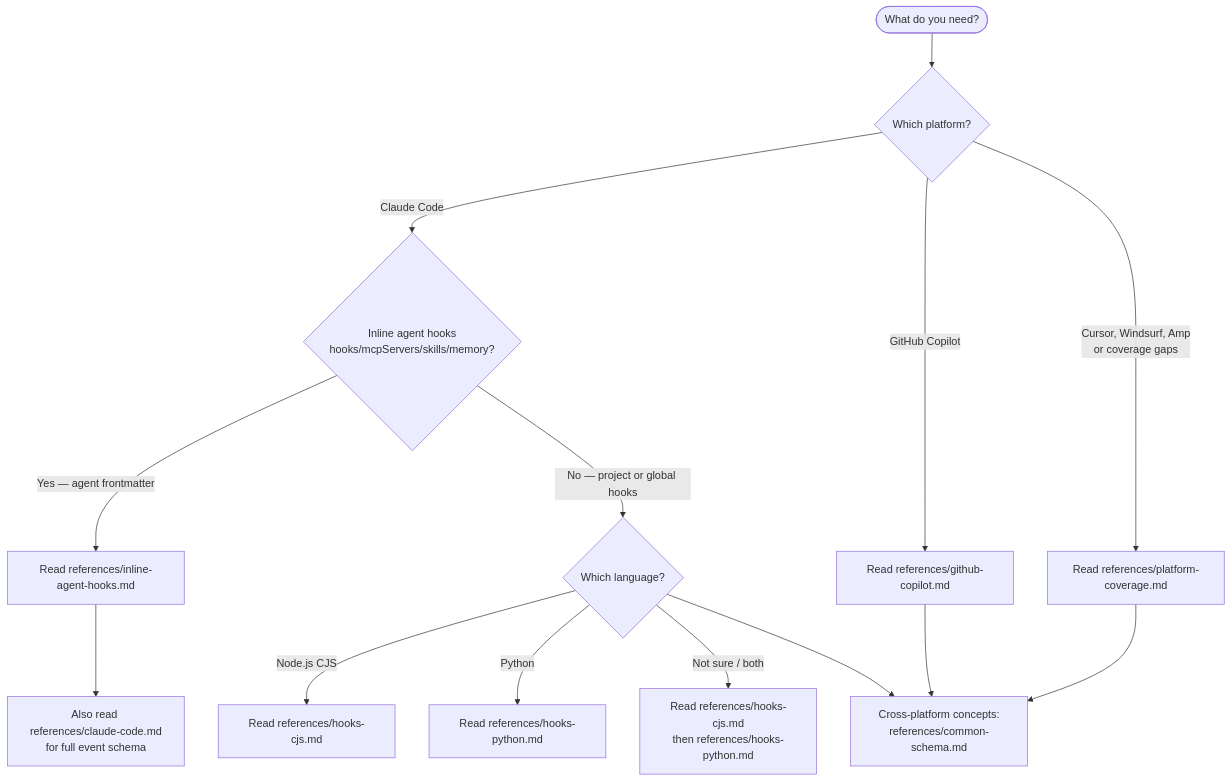
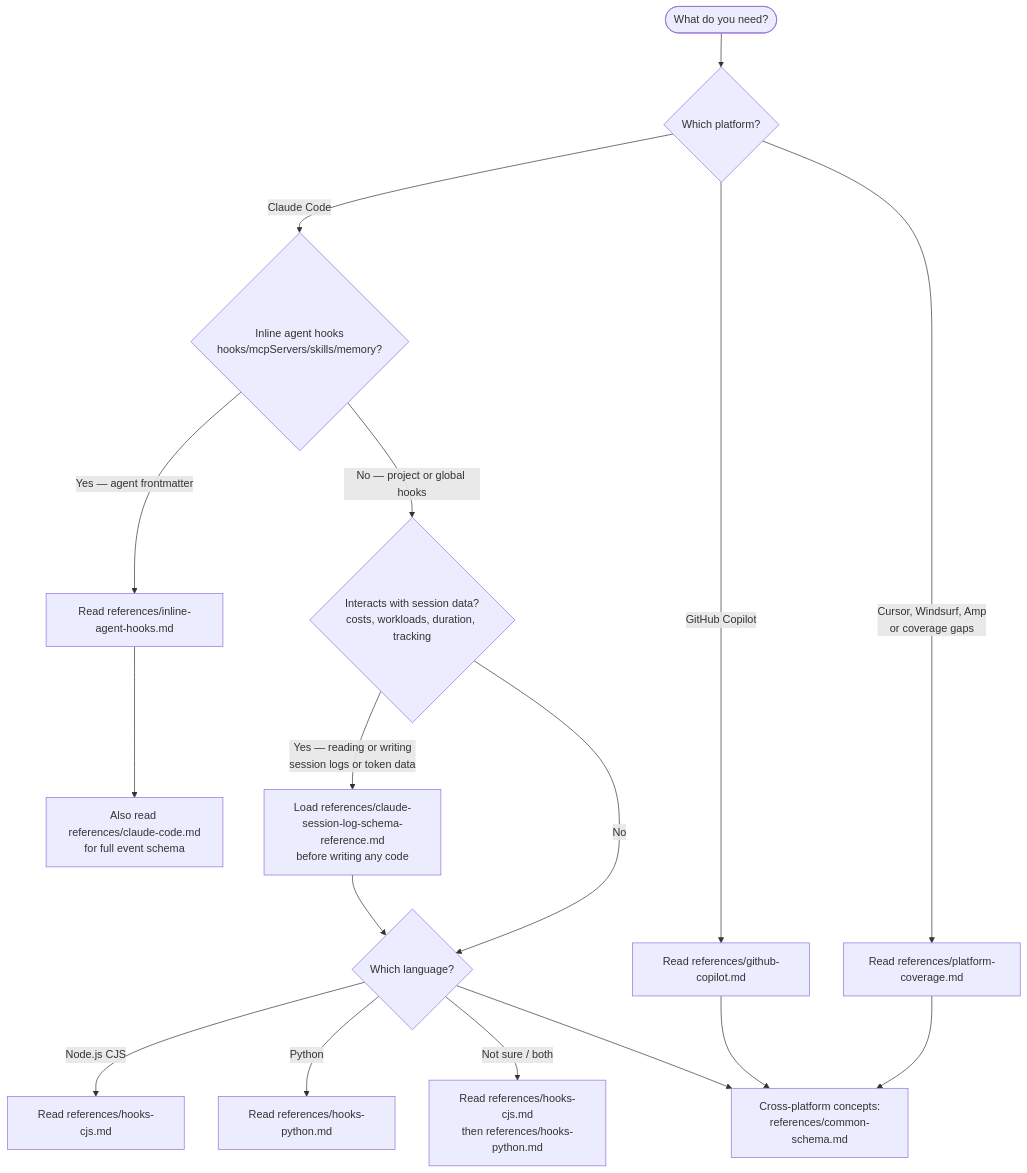
Before and after one commit to chgreer1070/claude_skills: the diagram in plugins/plugin-creator/skills/hooks-guide/SKILL.md, drawn with Mermaid. The commit also changed other lines of this file and 47 other files, not shown here.

````diff
--- a/plugins/plugin-creator/skills/hooks-guide/SKILL.md
+++ b/plugins/plugin-creator/skills/hooks-guide/SKILL.md
@@ -9,19 +9,24 @@
 ```mermaid
 flowchart TD
     Start([What do you need?]) --> Q1{Which platform?}
     Q1 -->|Claude Code| Q2{Inline agent hooks<br>hooks/mcpServers/skills/memory?}
     Q1 -->|GitHub Copilot| Copilot["Read references/github-copilot.md"]
     Q1 -->|Cursor, Windsurf, Amp<br>or coverage gaps| Coverage["Read references/platform-coverage.md"]
 
     Q2 -->|Yes — agent frontmatter| Agent["Read references/inline-agent-hooks.md"]
-    Q2 -->|No — project or global hooks| Q3{Which language?}
+    Q2 -->|No — project or global hooks| Q3{Interacts with session data?<br>costs, workloads, duration, tracking}
 
-    Q3 -->|Node.js CJS| CJS["Read references/hooks-cjs.md"]
-    Q3 -->|Python| Py["Read references/hooks-python.md"]
-    Q3 -->|Not sure / both| Both["Read references/hooks-cjs.md<br>then references/hooks-python.md"]
+    Q3 -->|Yes — reading or writing<br>session logs or token data| SessionSchema["Load references/claude-session-log-schema-reference.md<br>before writing any code"]
+    Q3 -->|No| Q4{Which language?}
+
+    SessionSchema --> Q4
+
+    Q4 -->|Node.js CJS| CJS["Read references/hooks-cjs.md"]
+    Q4 -->|Python| Py["Read references/hooks-python.md"]
+    Q4 -->|Not sure / both| Both["Read references/hooks-cjs.md<br>then references/hooks-python.md"]
 
     Agent --> CC["Also read references/claude-code.md<br>for full event schema"]
-    Q3 --> Schema["Cross-platform concepts:<br>references/common-schema.md"]
+    Q4 --> Schema["Cross-platform concepts:<br>references/common-schema.md"]
     Copilot --> Schema
     Coverage --> Schema
 ```
````
